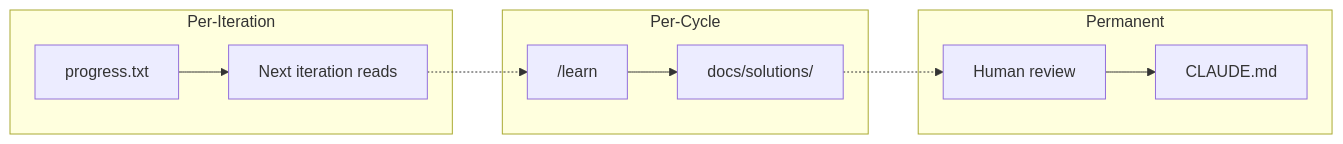
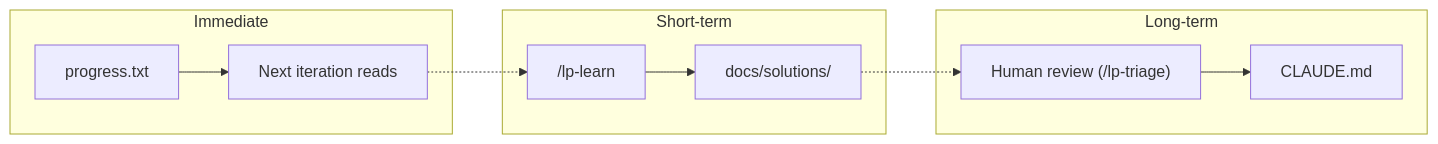
The second of 2 diagrams in docs/guides/METHODOLOGY.md (builtform/launchpad), drawn with Mermaid before and after one commit. The commit also changed other lines of this file and 380 other files, not shown here.

````diff
--- a/docs/guides/METHODOLOGY.md
+++ b/docs/guides/METHODOLOGY.md
@@ -723,23 +124,23 @@
 ```mermaid
 flowchart LR
-    subgraph "Per-Iteration"
+    subgraph "Immediate"
         PROG["progress.txt"]
         NEXT["Next iteration reads"]
         PROG --> NEXT
     end
 
-    subgraph "Per-Cycle"
-        LEARN["/learn"]
+    subgraph "Short-term"
+        LEARN["/lp-learn"]
         SOLS["docs/solutions/"]
         LEARN --> SOLS
     end
 
-    subgraph "Permanent"
-        REVIEW["Human review"]
+    subgraph "Long-term"
+        REVIEW["Human review (/lp-triage)"]
         CLAUDE["CLAUDE.md"]
         REVIEW --> CLAUDE
     end
 
     NEXT -.-> LEARN
     SOLS -.-> REVIEW
 ```
````
